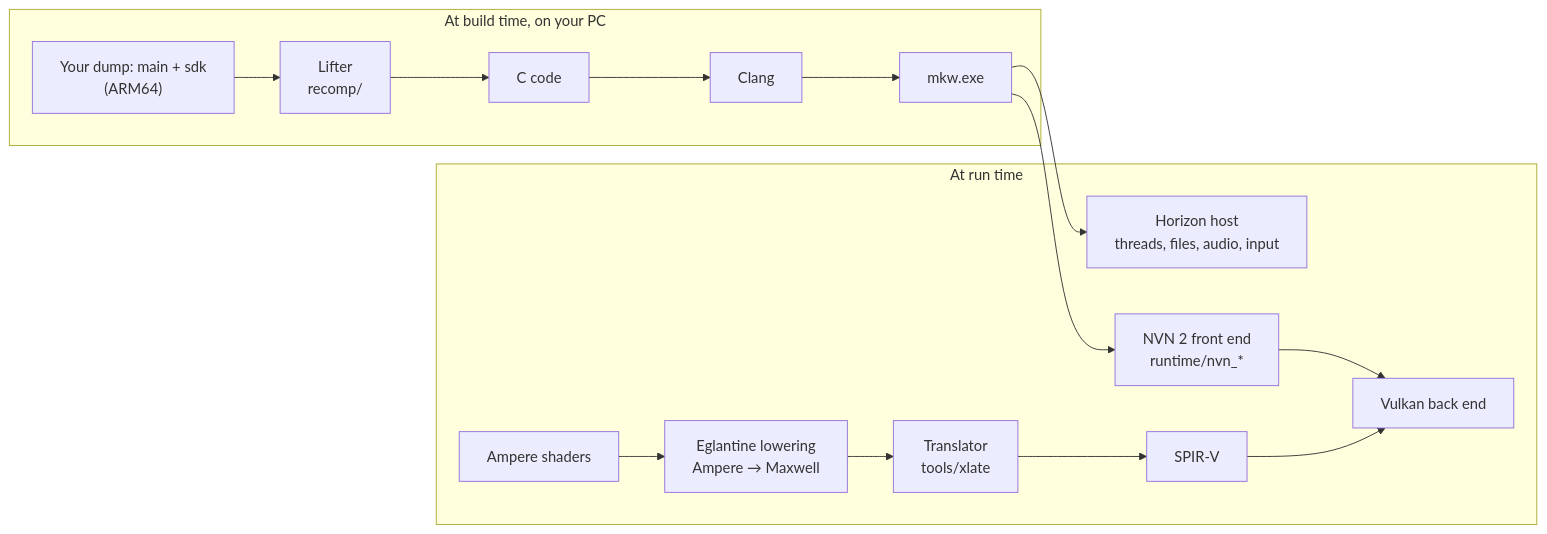
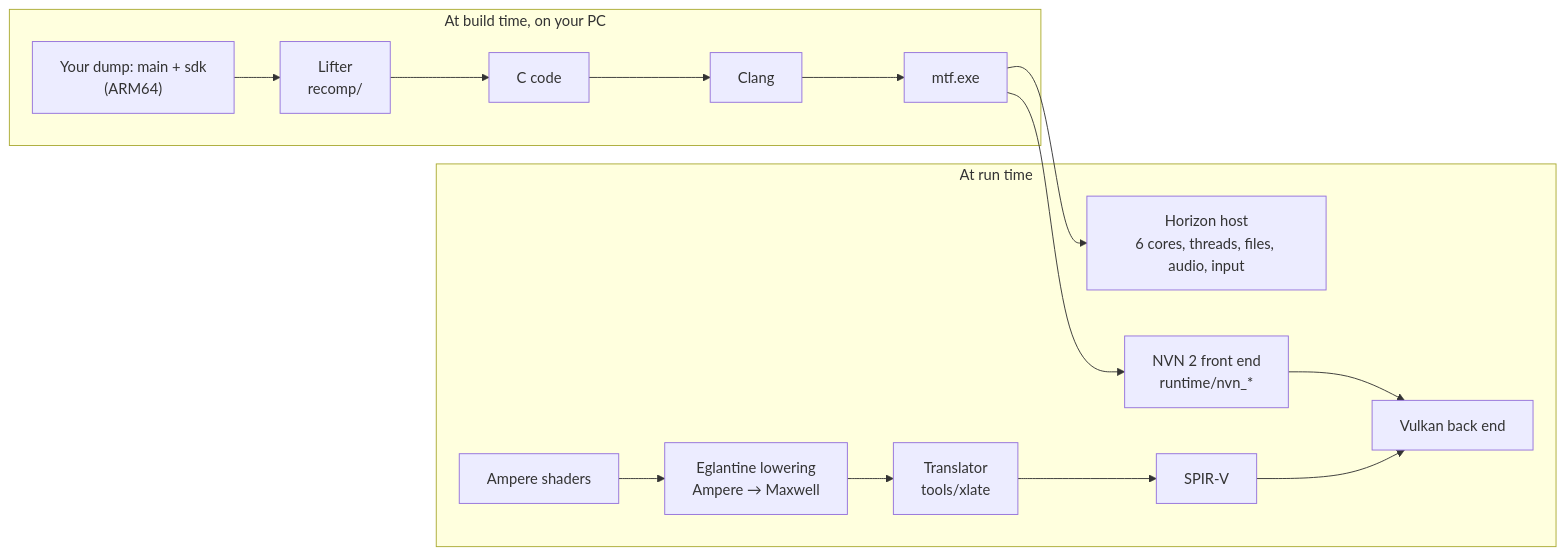
The diagram in README.md (STS78721/MTF-ShadowRacket), drawn with Mermaid before and after one commit. The commit also changed other lines of this file and 18 other files, not shown here.

````diff
--- a/README.md
+++ b/README.md
@@ -37,11 +36,11 @@
 ```mermaid
 flowchart LR
     subgraph offline["At build time, on your PC"]
-        exefs["Your dump: main + sdk<br/>(ARM64)"] --> lifter["Lifter<br/>recomp/"] --> c["C code"] --> clang["Clang"] --> exe["mkw.exe"]
+        exefs["Your dump: main + sdk<br/>(ARM64)"] --> lifter["Lifter<br/>recomp/"] --> c["C code"] --> clang["Clang"] --> exe["mtf.exe"]
     end
     subgraph runtime["At run time"]
-        exe --> host["Horizon host<br/>threads, files, audio, input"]
+        exe --> host["Horizon host<br/>6 cores, threads, files, audio, input"]
         exe --> nvn["NVN 2 front end<br/>runtime/nvn_*"] --> vk["Vulkan back end"]
         sass["Ampere shaders"] --> lower["Eglantine lowering<br/>Ampere → Maxwell"] --> xlate["Translator<br/>tools/xlate"] --> spirv["SPIR-V"] --> vk
     end
 ```
````
